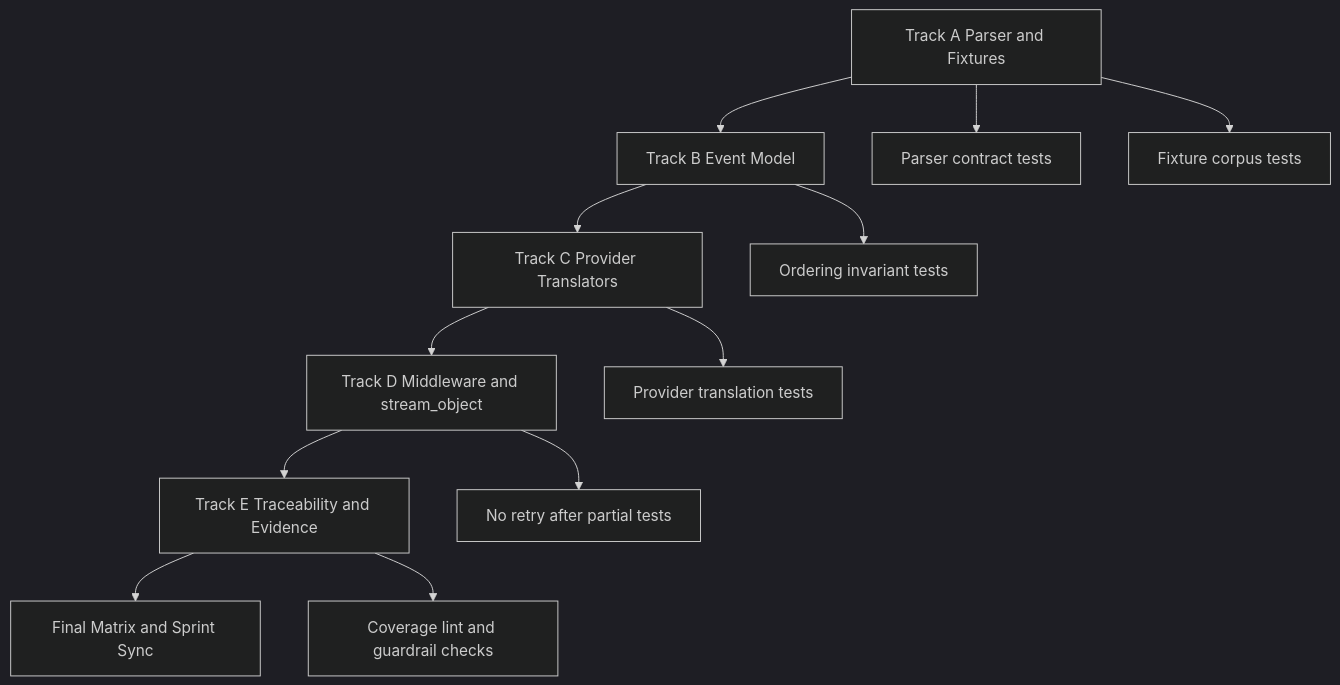
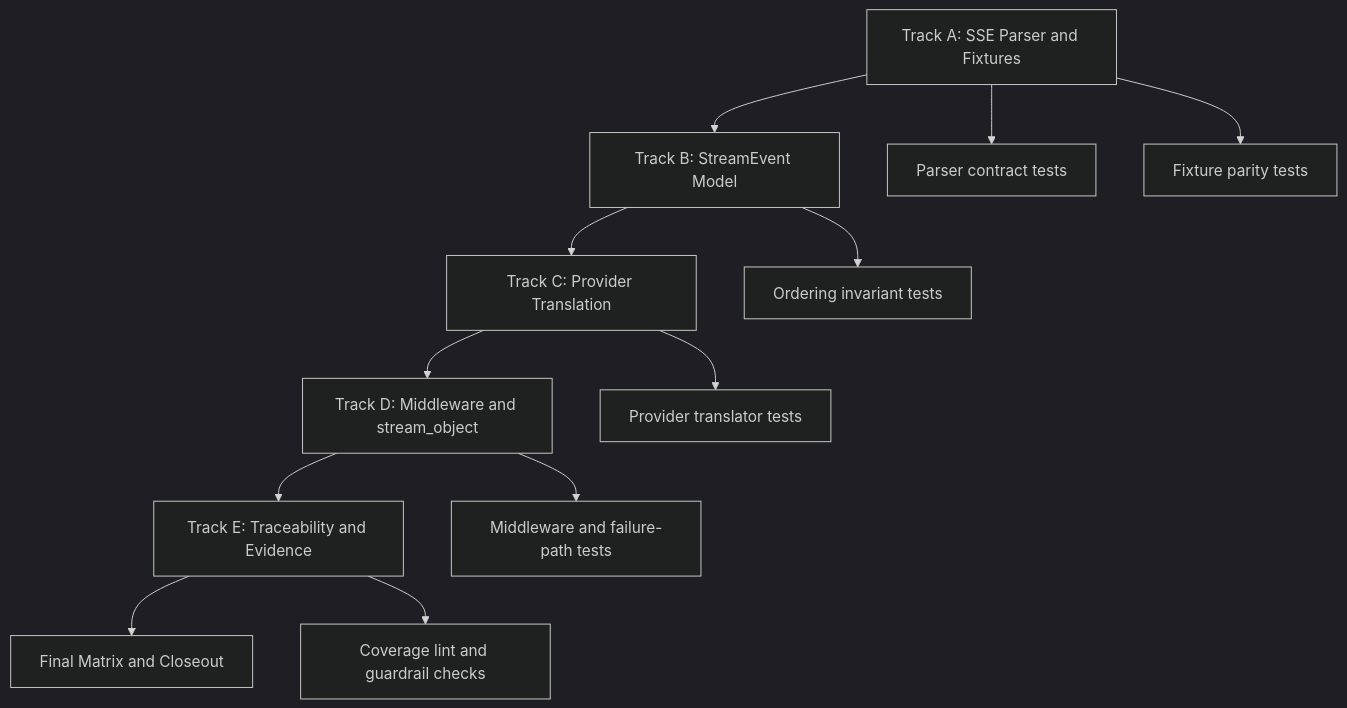
One commit to jaytaylor/attractor-tcl changed the third of 5 diagrams in docs/sprints/SPRINT-005-comprehensive-implementation-plan.md. Above: the diagram before and after it, drawn with Mermaid (dark theme). The commit also changed other lines of this file, not shown here.

Commit message:
docs: refresh sprint 005 comprehensive implementation plan

````diff
--- a/docs/sprints/SPRINT-005-comprehensive-implementation-plan.md
+++ b/docs/sprints/SPRINT-005-comprehensive-implementation-plan.md
@@ -705,15 +485,15 @@
 ```mermaid
 flowchart TD
-  A[Track A Parser and Fixtures] --> B[Track B Event Model]
-  B --> C[Track C Provider Translators]
-  C --> D[Track D Middleware and stream_object]
-  D --> E[Track E Traceability and Evidence]
-  E --> F[Final Matrix and Sprint Sync]
+  A[Track A: SSE Parser and Fixtures] --> B[Track B: StreamEvent Model]
+  B --> C[Track C: Provider Translation]
+  C --> D[Track D: Middleware and stream_object]
+  D --> E[Track E: Traceability and Evidence]
+  E --> F[Final Matrix and Closeout]
 
   A --> A1[Parser contract tests]
-  A --> A2[Fixture corpus tests]
+  A --> A2[Fixture parity tests]
   B --> B1[Ordering invariant tests]
-  C --> C1[Provider translation tests]
-  D --> D1[No retry after partial tests]
+  C --> C1[Provider translator tests]
+  D --> D1[Middleware and failure-path tests]
   E --> E1[Coverage lint and guardrail checks]
 ```
````
